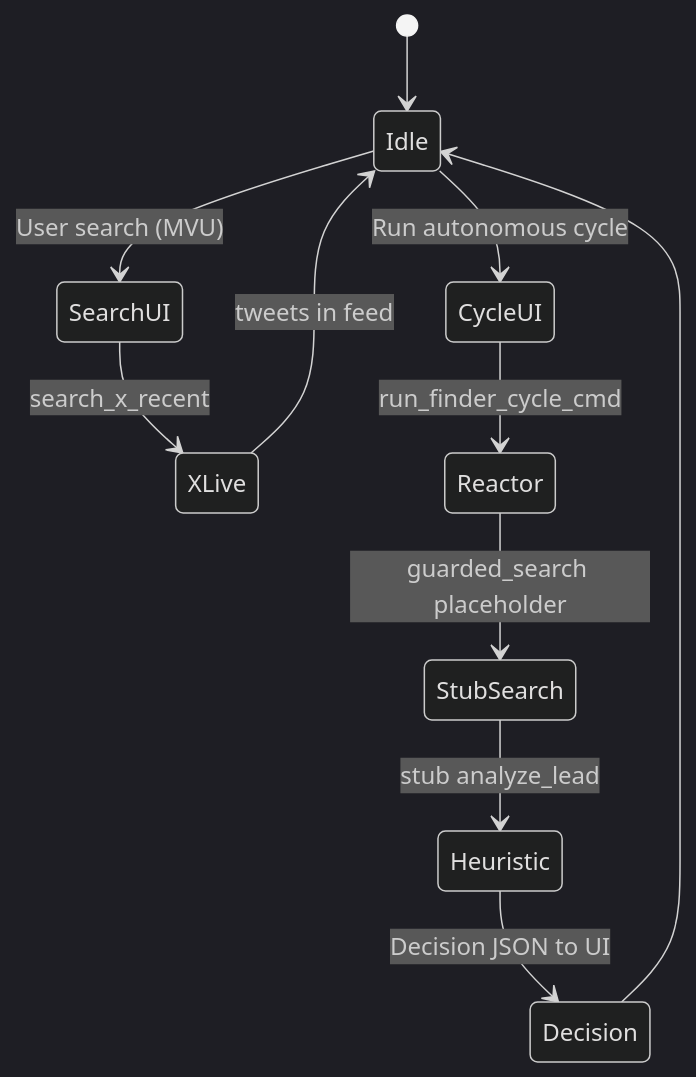
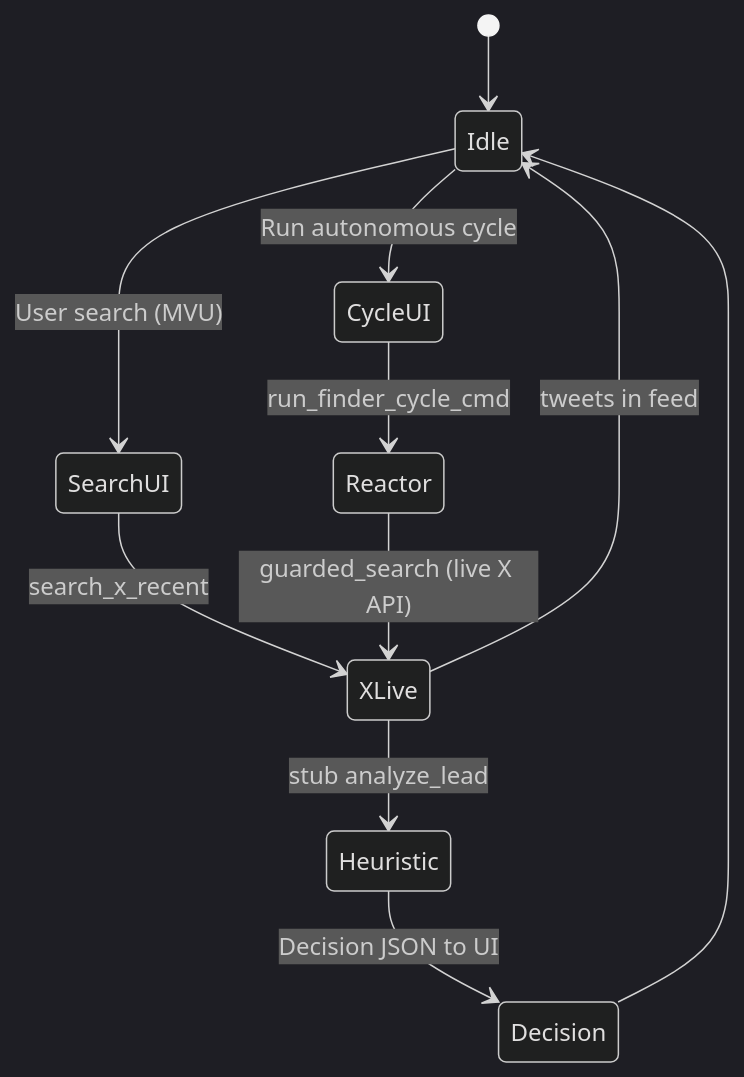
Before and after one commit to p10ns11y/collab-finder: the third of 3 diagrams in docs/agentic-architecture.md, drawn with Mermaid (dark theme). The commit also changed other lines of this file and 14 other files, not shown here.

First line of the commit message:
feat(reactor): live X search in cycle with official query validation

````diff
--- a/docs/agentic-architecture.md
+++ b/docs/agentic-architecture.md
@@ -100,14 +100,14 @@
 ```mermaid
 stateDiagram-v2
   [*] --> Idle
   Idle --> SearchUI: User search (MVU)
   SearchUI --> XLive: search_x_recent
   XLive --> Idle: tweets in feed
 
   Idle --> CycleUI: Run autonomous cycle
   CycleUI --> Reactor: run_finder_cycle_cmd
-  Reactor --> StubSearch: guarded_search placeholder
-  StubSearch --> Heuristic: stub analyze_lead
+  Reactor --> XLive: guarded_search (live X API)
+  XLive --> Heuristic: stub analyze_lead
   Heuristic --> Decision: Decision JSON to UI
   Decision --> Idle
 ```
````
